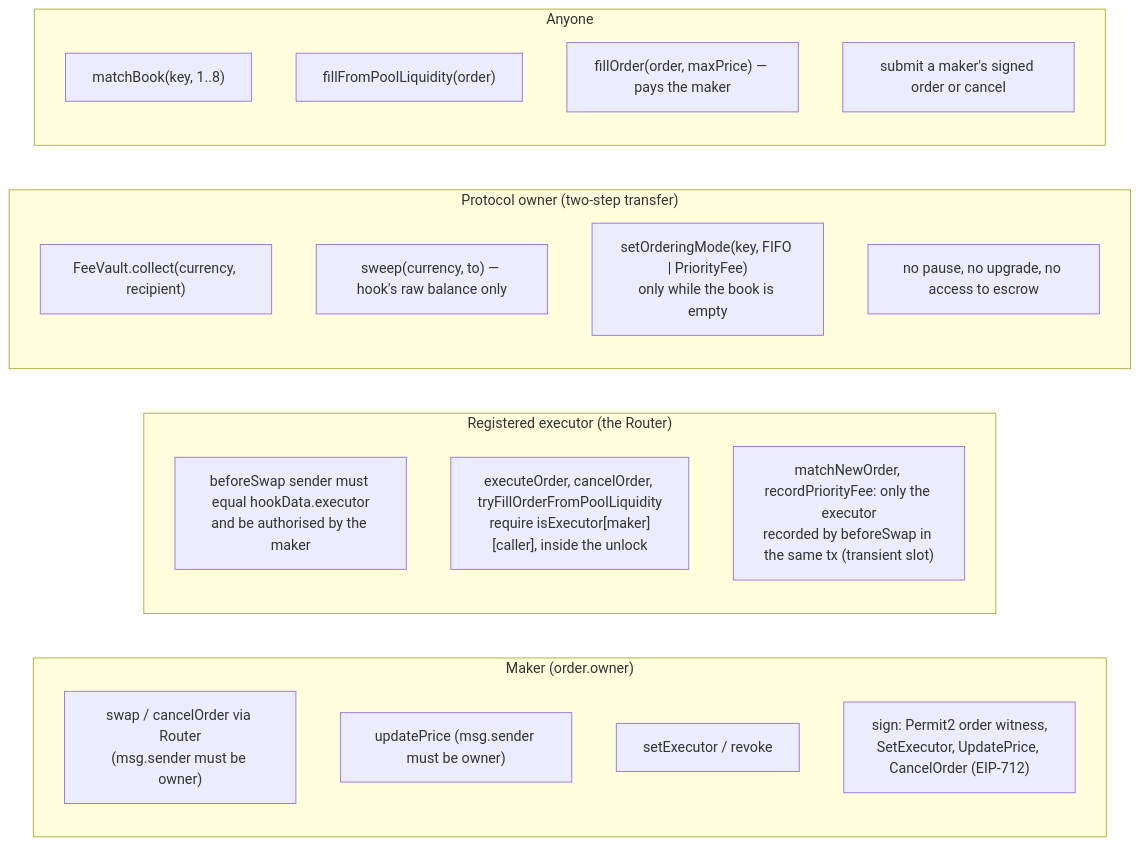
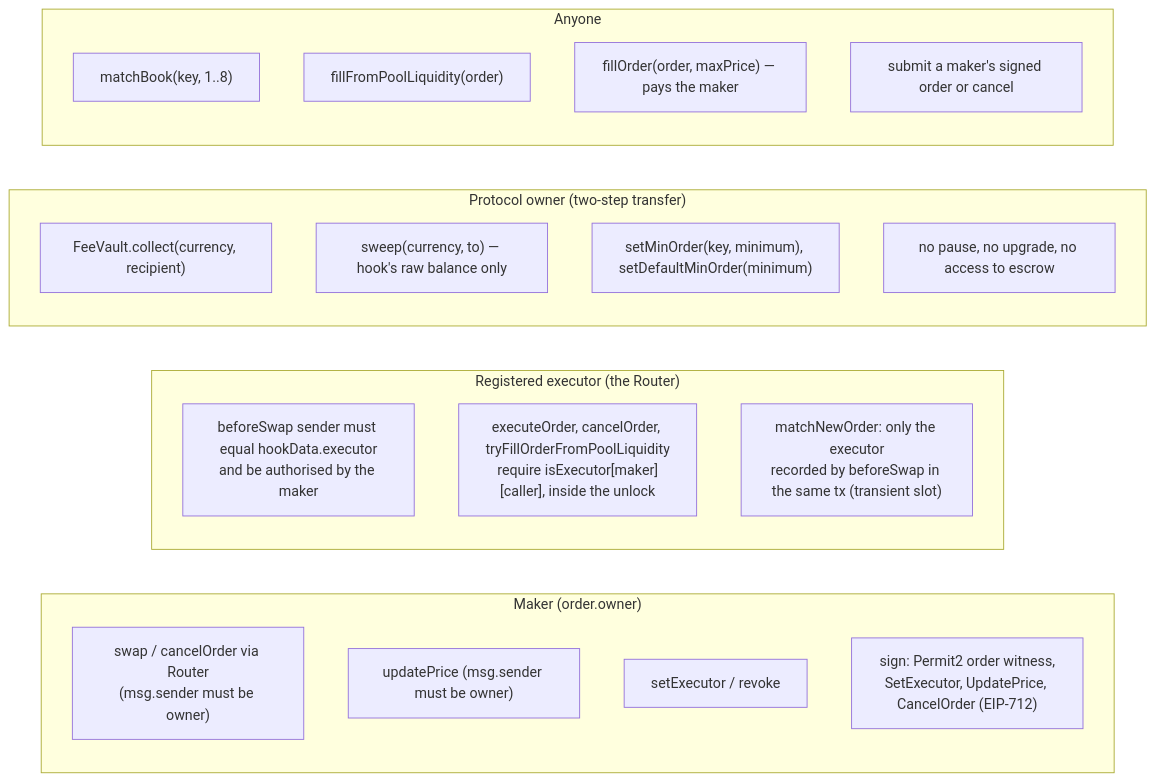
The fourth of 5 diagrams in docs/protocol.md (asyncswap/contracts), drawn with Mermaid before and after one commit. The commit also changed other lines of this file and 309 other files, not shown here.

````diff
--- a/docs/protocol.md
+++ b/docs/protocol.md
@@ -178,26 +176,26 @@
 ```mermaid
 flowchart LR
     subgraph MakerRights["Maker (order.owner)"]
         m1["swap / cancelOrder via Router<br/>(msg.sender must be owner)"]
         m2["updatePrice (msg.sender must be owner)"]
         m3["setExecutor / revoke"]
         m4["sign: Permit2 order witness,<br/>SetExecutor, UpdatePrice, CancelOrder (EIP-712)"]
     end
     subgraph ExecutorRights["Registered executor (the Router)"]
         e1["beforeSwap sender must equal hookData.executor<br/>and be authorised by the maker"]
         e2["executeOrder, cancelOrder, tryFillOrderFromPoolLiquidity<br/>require isExecutor[maker][caller], inside the unlock"]
-        e3["matchNewOrder, recordPriorityFee: only the executor<br/>recorded by beforeSwap in the same tx (transient slot)"]
+        e3["matchNewOrder: only the executor<br/>recorded by beforeSwap in the same tx (transient slot)"]
     end
     subgraph OwnerRights["Protocol owner (two-step transfer)"]
         o1["FeeVault.collect(currency, recipient)"]
         o2["sweep(currency, to) — hook's raw balance only"]
-        o3["setOrderingMode(key, FIFO | PriorityFee)<br/>only while the book is empty"]
+        o3["setMinOrder(key, minimum), setDefaultMinOrder(minimum)"]
         o4["no pause, no upgrade, no access to escrow"]
     end
     subgraph Public["Anyone"]
         p1["matchBook(key, 1..8)"]
         p2["fillFromPoolLiquidity(order)"]
         p3["fillOrder(order, maxPrice) — pays the maker"]
         p4["submit a maker's signed order or cancel"]
     end
 ```
````
